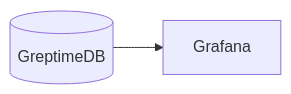
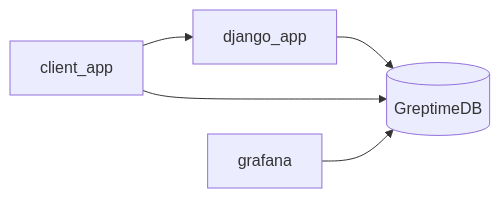
One commit to GreptimeTeam/demo-scene changed the diagram in wide-events-django/README.md. Above: the diagram before and after it, drawn with Mermaid. The commit also changed other lines of this file and 2 other files, not shown here.

Commit message:
feat: introduce built-in metrics and grafana

````diff
--- a/wide-events-django/README.md
+++ b/wide-events-django/README.md
@@ -50,8 +66,12 @@
 ```mermaid
 flowchart LR
   greptimedb[(GreptimeDB)]
-  grafana[Grafana]
+  django_app
+  client_app
 
+  client_app --> django_app
+  django_app --> greptimedb
+  client_app --> greptimedb
 
-  greptimedb --> grafana
+  grafana --> greptimedb
 ```
````
